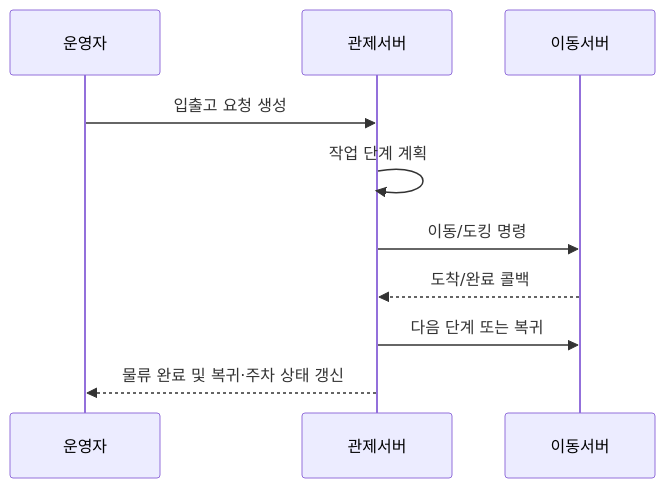
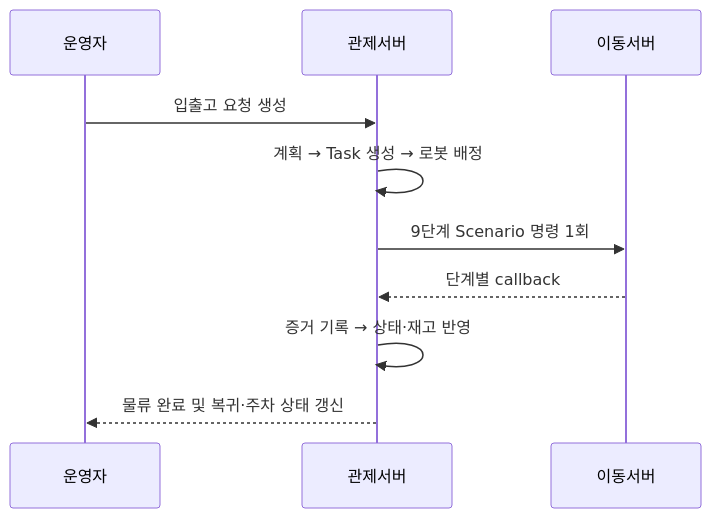
The second of 10 diagrams in main_server/docs/ARCHITECTURE.md (eduwing-robotics/ros2-ai-amr-repo3), drawn with Mermaid before and after one commit. The commit also changed other lines of this file and 5 other files, not shown here.

````diff
--- a/main_server/docs/ARCHITECTURE.md
+++ b/main_server/docs/ARCHITECTURE.md
@@ -37,12 +37,12 @@
 ```mermaid
 sequenceDiagram
   participant Op as 운영자
   participant Main as 관제서버
   participant Mov as 이동서버
   Op->>Main: 입출고 요청 생성
-  Main->>Main: 작업 단계 계획
-  Main->>Mov: 이동/도킹 명령
-  Mov-->>Main: 도착/완료 콜백
-  Main->>Mov: 다음 단계 또는 복귀
-Main-->>Op: 물류 완료 및 복귀·주차 상태 갱신
+  Main->>Main: 계획 → Task 생성 → 로봇 배정
+  Main->>Mov: 9단계 Scenario 명령 1회
+  Mov-->>Main: 단계별 callback
+  Main->>Main: 증거 기록 → 상태·재고 반영
+  Main-->>Op: 물류 완료 및 복귀·주차 상태 갱신
 ```
````
